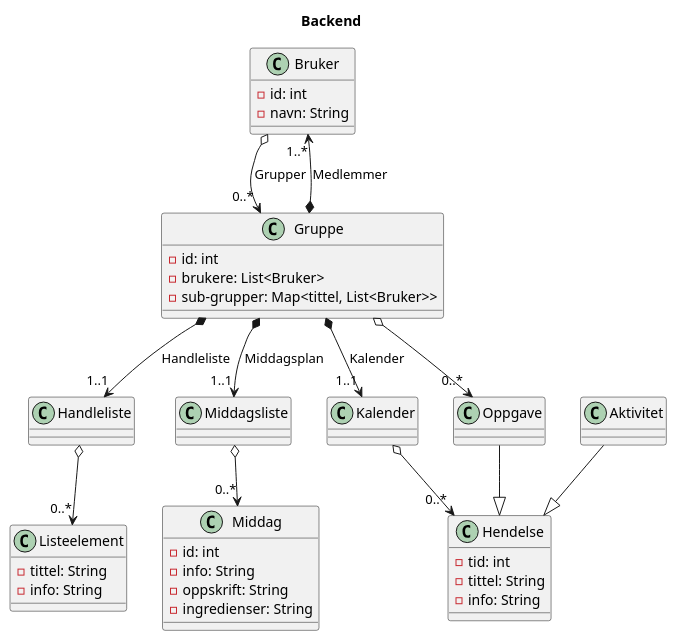
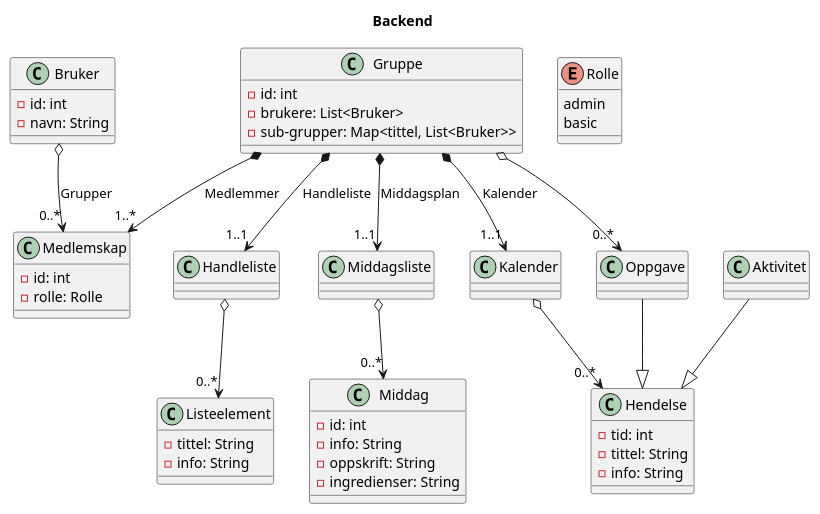
The diagram in backend/Structure.puml (SidnerV/idag), drawn with PlantUML before and after one commit. The commit also changed 53 other files, not shown here.

```diff
--- a/backend/Structure.puml
+++ b/backend/Structure.puml
@@ -1,62 +1,72 @@
 @startuml
 title Backend
 class Bruker {
  - id: int
  - navn: String
 }
 
-Bruker o--> "0..*" Gruppe : Grupper
+Bruker o--> "0..*" Medlemskap : Grupper
+
+class Medlemskap {
+ - id: int
+ - rolle: Rolle
+}
+
+enum Rolle {
+ admin
+ basic
+}
 
 class Gruppe {
  - id: int
  - brukere: List<Bruker>
  - sub-grupper: Map<tittel, List<Bruker>>
 }
 
-Gruppe *--> "1..*" Bruker : Medlemmer
+Gruppe *--> "1..*" Medlemskap : Medlemmer
 Gruppe *--> "1..1" Handleliste : Handleliste
 Gruppe *--> "1..1" Middagsliste : Middagsplan
 Gruppe *--> "1..1" Kalender : Kalender
 Gruppe o--> "0..*" Oppgave
 
 class Handleliste {
 
 }
 
 Handleliste o--> "0..*" Listeelement
 
 class Listeelement {
  - tittel: String
  - info: String
 }
 
 class Middagsliste {
 
 }
 Middagsliste o--> "0..*" Middag
 class Middag {
  - id: int
  - info: String
  - oppskrift: String
  - ingredienser: String
 }
 
 class Kalender {
 
 }
 
 Kalender o--> "0..*" Hendelse
 class Hendelse {
  - tid: int
  - tittel: String
  - info: String
 }
 
 class Oppgave {
 }
 Oppgave --|> Hendelse
 
 class Aktivitet {
 }
 Aktivitet --|> Hendelse
 @enduml
```
